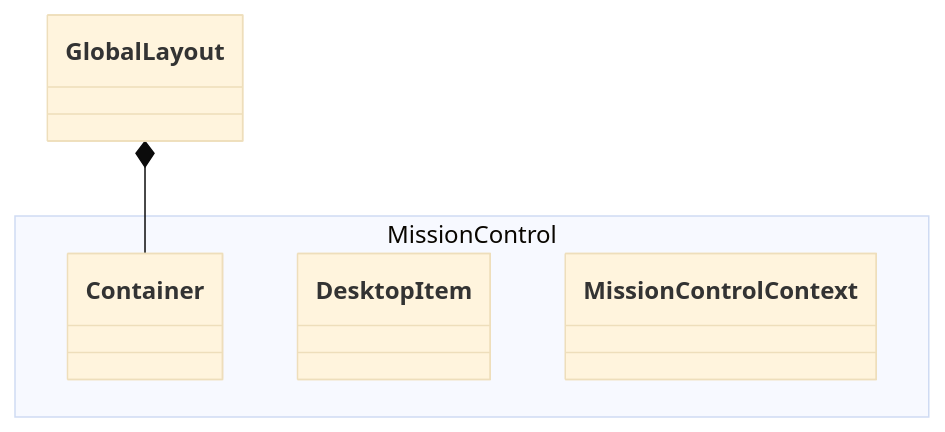
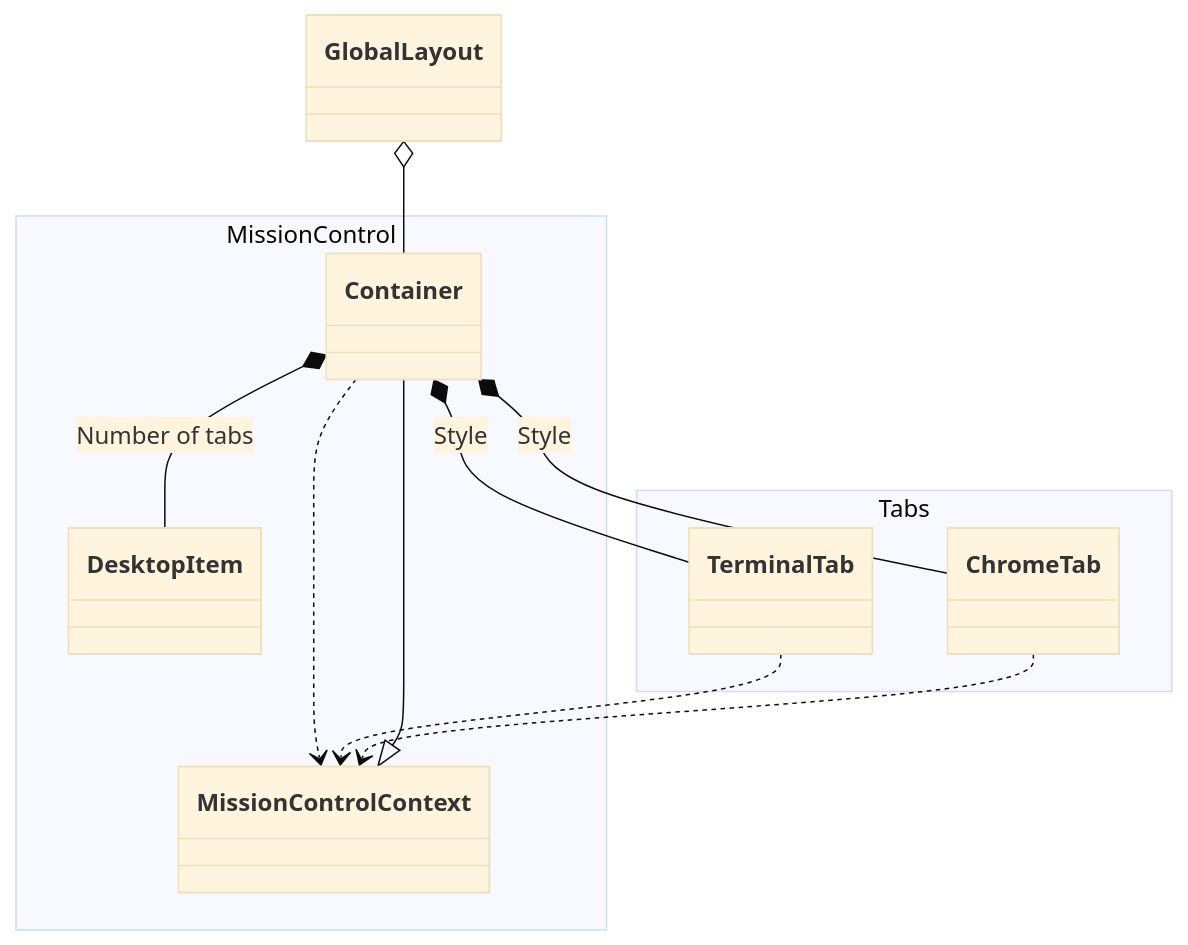
The diagram in design.md (syi0808/WhoAmI), drawn with Mermaid (base theme) before and after one commit.

Commit message:
docs: Update Mission control structure

````diff
--- a/design.md
+++ b/design.md
@@ -13,13 +13,27 @@
 ```mermaid
 classDiagram
 class GlobalLayout
 
 namespace MissionControl {
   class Container
   class DesktopItem
   class MissionControlContext
 }
 
-GlobalLayout *-- Container
+namespace Tabs {
+  class TerminalTab
+  class ChromeTab
+}
 
+GlobalLayout o-- Container
+
+MissionControlContext <|-- Container
+Container ..> MissionControlContext
+Container *-- DesktopItem : Number of tabs
+
+Container *-- TerminalTab : Style
+Container *-- ChromeTab : Style
+
+TerminalTab ..> MissionControlContext
+ChromeTab ..> MissionControlContext
 ```
````
